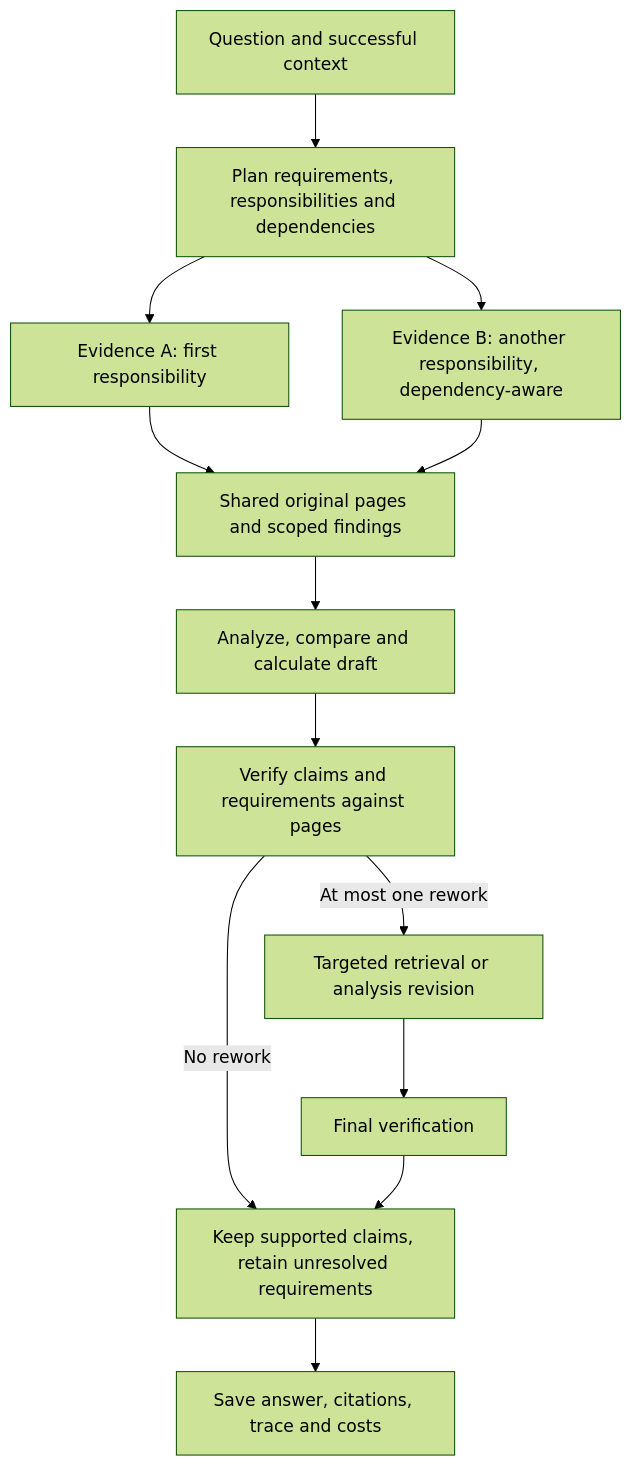
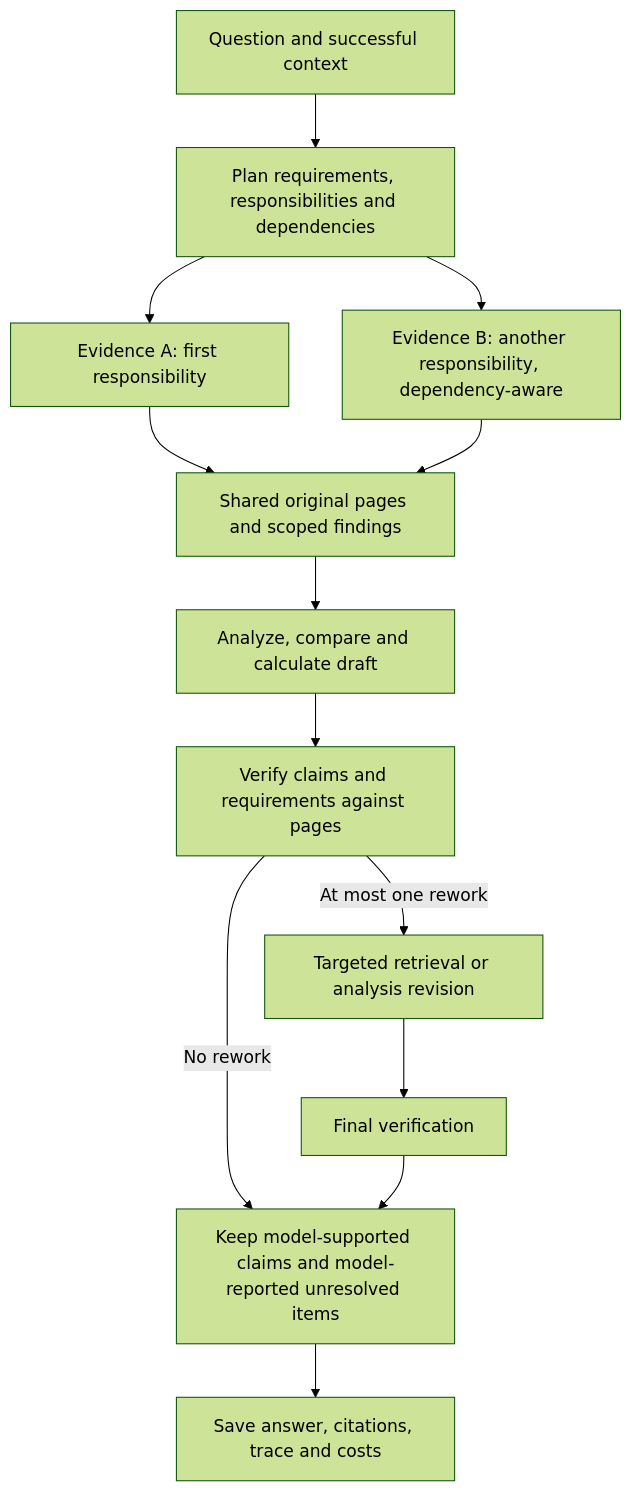
The diagram in README.md (linlin-is-me/FolioRecall), drawn with Mermaid (forest theme) before and after one commit. The commit also changed other lines of this file and 11 other files, not shown here.

````diff
--- a/README.md
+++ b/README.md
@@ -39,15 +39,15 @@
 ```mermaid
 flowchart TD
     Q[Question and successful context] --> P[Plan requirements, responsibilities and dependencies]
     P --> E1[Evidence A: first responsibility]
     P --> E2[Evidence B: another responsibility, dependency-aware]
     E1 --> S[Shared original pages and scoped findings]
     E2 --> S
     S --> A[Analyze, compare and calculate draft]
     A --> V[Verify claims and requirements against pages]
     V -->|At most one rework| R[Targeted retrieval or analysis revision]
     R --> V2[Final verification]
-    V -->|No rework| F[Keep supported claims, retain unresolved requirements]
+    V -->|No rework| F[Keep model-supported claims and model-reported unresolved items]
     V2 --> F
     F --> J[Save answer, citations, trace and costs]
 ```
````
